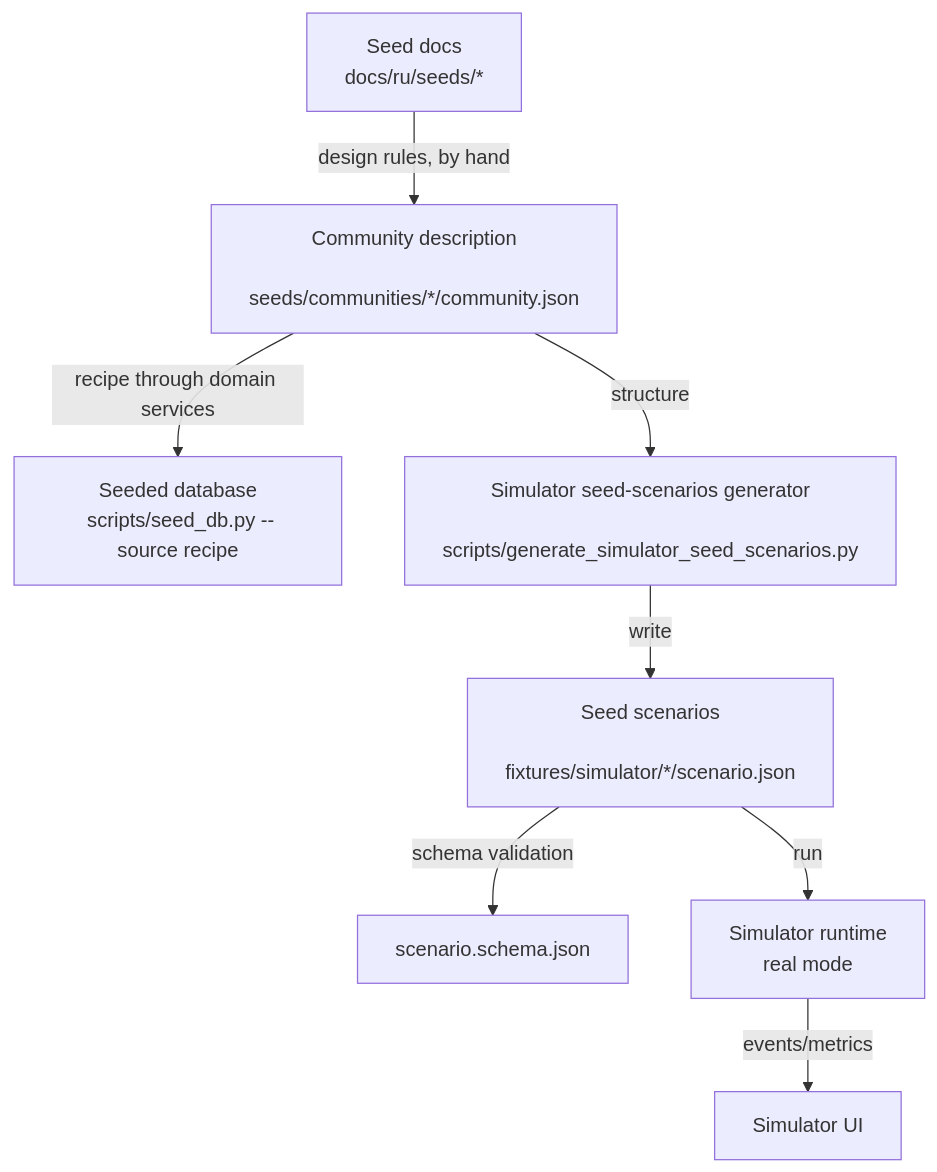
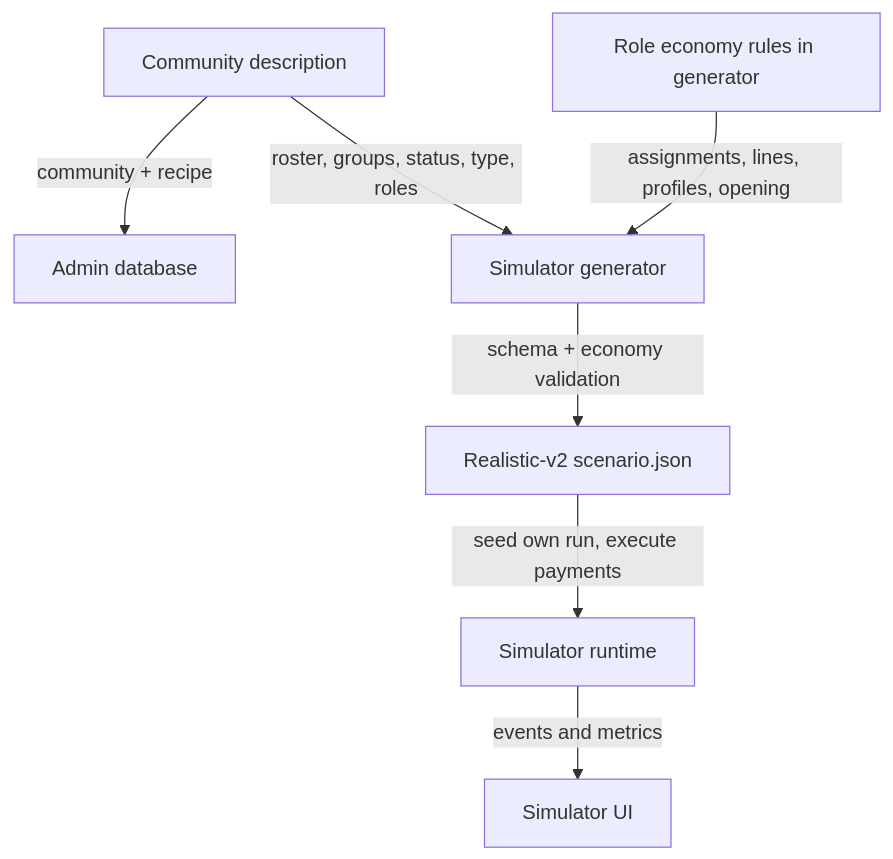
The third of 4 diagrams in docs/ru/simulator/scenarios-and-engine.md (slawa19/GEOv0), drawn with Mermaid before and after one commit. The commit also changed other lines of this file and 3 other files, not shown here.

````diff
--- a/docs/ru/simulator/scenarios-and-engine.md
+++ b/docs/ru/simulator/scenarios-and-engine.md
@@ -378,11 +344,9 @@
 ```mermaid
 flowchart TD
-  A[Seed docs\n docs/ru/seeds/*] -->|design rules, by hand| CD[Community description\n seeds/communities/*/community.json]
-  CD -->|recipe through domain services| DB[Seeded database\n scripts/seed_db.py --source recipe]
-  CD -->|structure| E[Simulator seed-scenarios generator\n scripts/generate_simulator_seed_scenarios.py]
-  E -->|write| F[Seed scenarios\n fixtures/simulator/*/scenario.json]
-  F -->|schema validation| Fs[scenario.schema.json]
-
-  F -->|run| G[Simulator runtime\n real mode]
-  G -->|events/metrics| H[Simulator UI]
+  CD[Community description] -->|community + recipe| DB[Admin database]
+  CD -->|roster, groups, status, type, roles| E[Simulator generator]
+  M[Role economy rules in generator] -->|assignments, lines, profiles, opening| E
+  E -->|schema + economy validation| F[Realistic-v2 scenario.json]
+  F -->|seed own run, execute payments| G[Simulator runtime]
+  G -->|events and metrics| H[Simulator UI]
 ```
````
